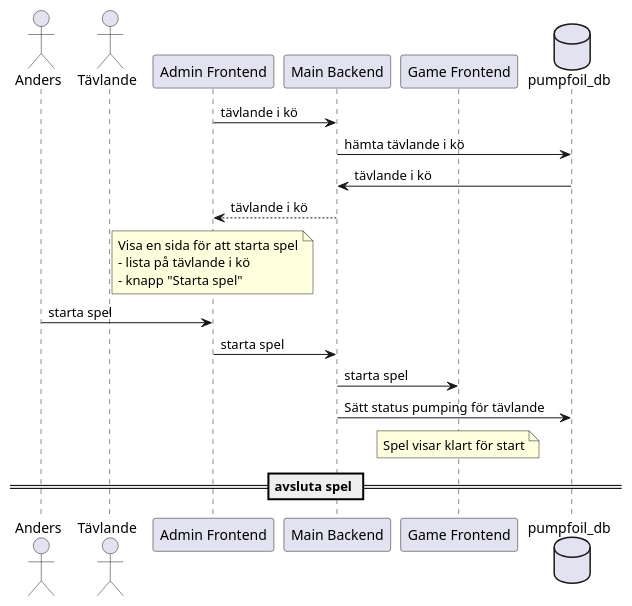
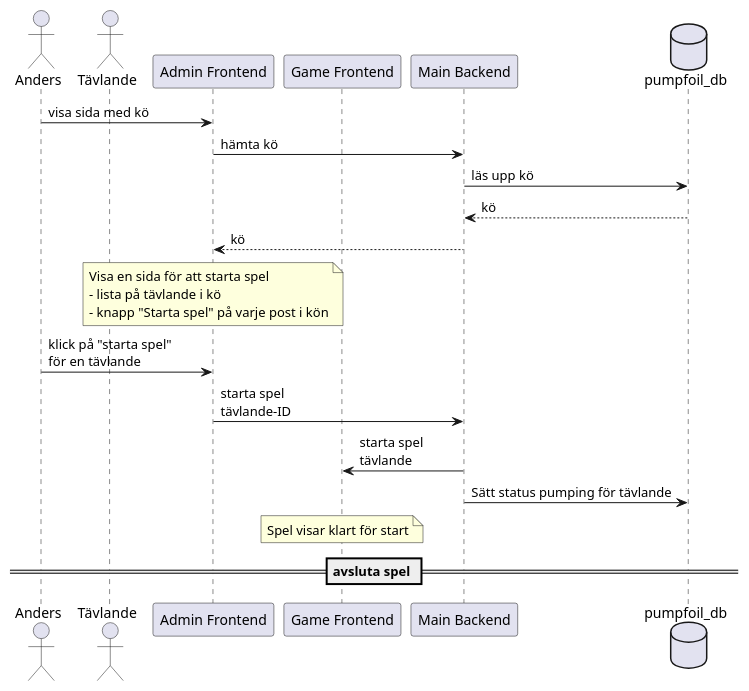
One commit to CAG-Contactor/pump-foil-game changed the fourth of 4 diagrams in doc/SPEC.md. Above: the diagram before and after it, drawn with PlantUML. The commit also changed other lines of this file, not shown here.

````diff
--- a/doc/SPEC.md
+++ b/doc/SPEC.md
@@ -128,27 +141,28 @@
 ```plantuml
 actor Anders
 actor Tävlande
 participant "Admin Frontend" as adminfe
+participant "Game Frontend" as gamefe
 participant "Main Backend" as mainbe
-participant "Game Frontend" as gamefe
 database pumpfoil_db
 
-adminfe -> mainbe: tävlande i kö
-mainbe -> pumpfoil_db: hämta tävlande i kö
-pumpfoil_db -> mainbe: tävlande i kö
-mainbe --> adminfe: tävlande i kö
+Anders -> adminfe: visa sida med kö
+adminfe -> mainbe: hämta kö
+mainbe -> pumpfoil_db: läs upp kö
+pumpfoil_db --> mainbe: kö
+mainbe --> adminfe: kö
 note over adminfe
   Visa en sida för att starta spel
   - lista på tävlande i kö
-  - knapp "Starta spel"
+  - knapp "Starta spel" på varje post i kön
 endnote
-Anders -> adminfe: starta spel
-adminfe -> mainbe: starta spel
-mainbe -> gamefe: starta spel
+Anders -> adminfe: klick på "starta spel"\nför en tävlande
+adminfe -> mainbe: starta spel\ntävlande-ID
+mainbe -> gamefe: starta spel\ntävlande
 mainbe -> pumpfoil_db: Sätt status pumping för tävlande
 note over gamefe
   Spel visar klart för start
 end note
 
 == avsluta spel ==
 ```
````
